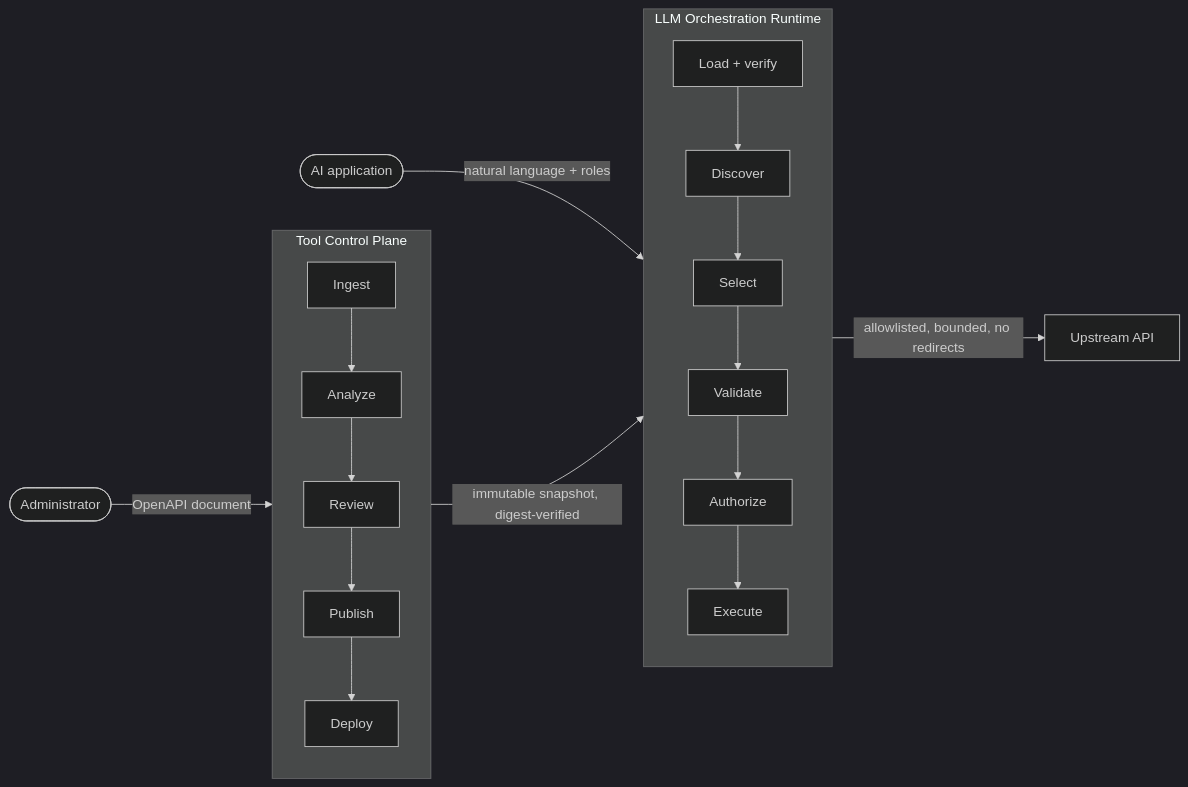
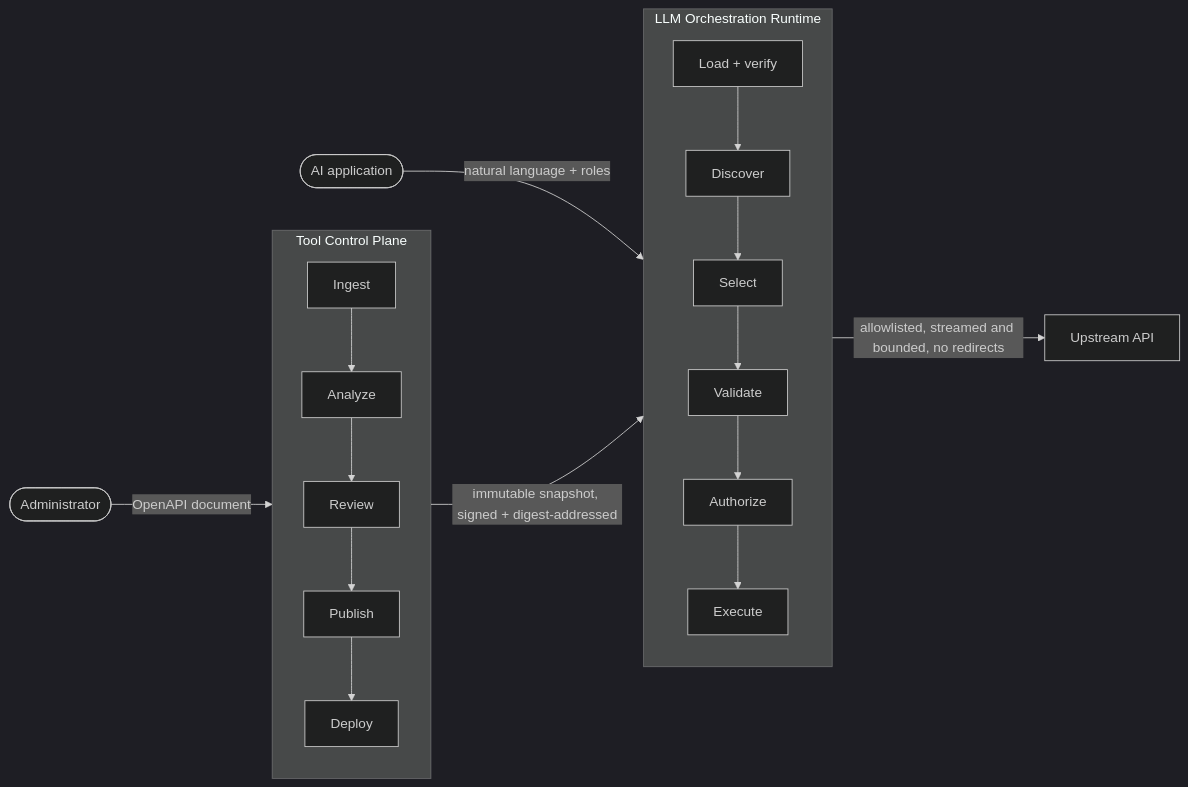
Before and after one commit to its-spark-dev/toollayer-ai: the diagram in README.md, drawn with Mermaid (dark theme). The commit also changed other lines of this file and 34 other files, not shown here.

````diff
--- a/README.md
+++ b/README.md
@@ -41,22 +47,22 @@
 ```mermaid
 flowchart LR
     Admin(["Administrator"])
     Client(["AI application"])
 
     subgraph CP["Tool Control Plane"]
         direction TB
         I["Ingest"] --> A["Analyze"] --> R["Review"] --> P["Publish"] --> D["Deploy"]
     end
 
     subgraph RT["LLM Orchestration Runtime"]
         direction TB
         L["Load + verify"] --> Disc["Discover"] --> S["Select"] --> V["Validate"] --> Pol["Authorize"] --> E["Execute"]
     end
 
     API["Upstream API"]
 
     Admin -->|"OpenAPI document"| I
     Client -->|"natural language + roles"| Disc
-    D -->|"immutable snapshot, digest-verified"| L
-    E -->|"allowlisted, bounded, no redirects"| API
+    D -->|"immutable snapshot, signed + digest-addressed"| L
+    E -->|"allowlisted, streamed and bounded, no redirects"| API
 ```
````
